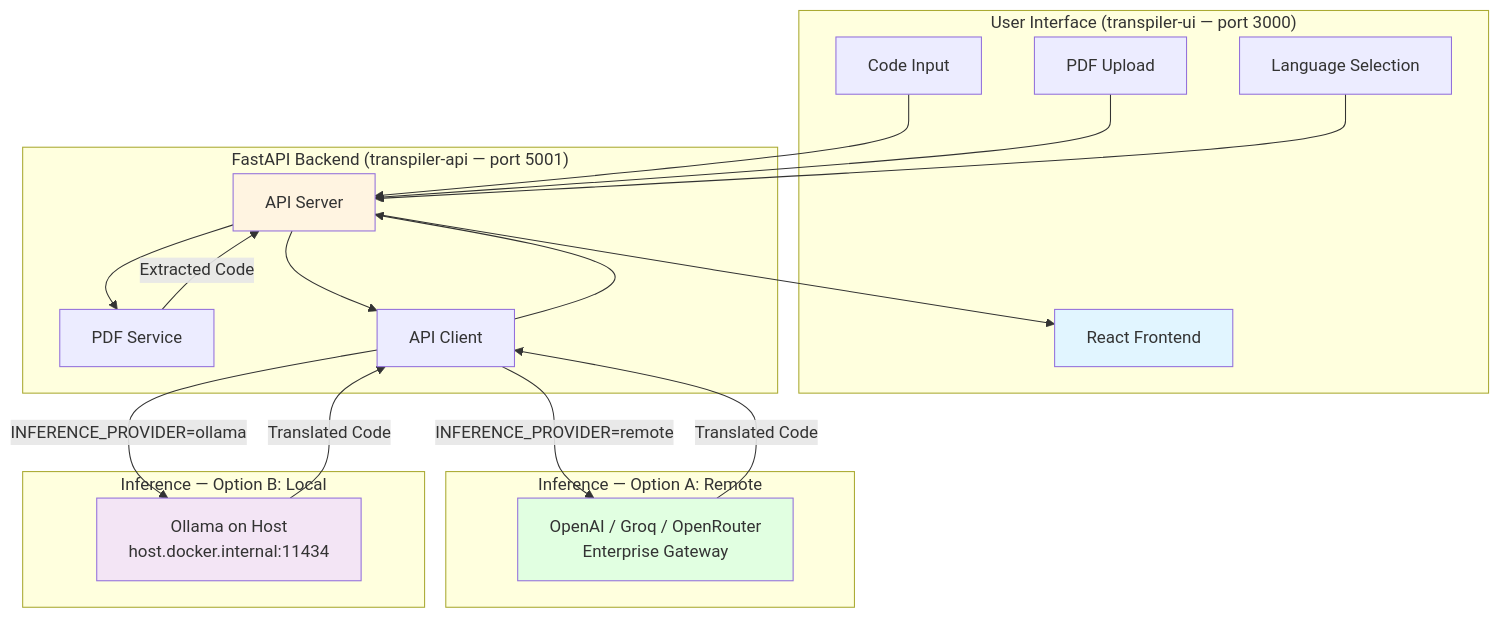
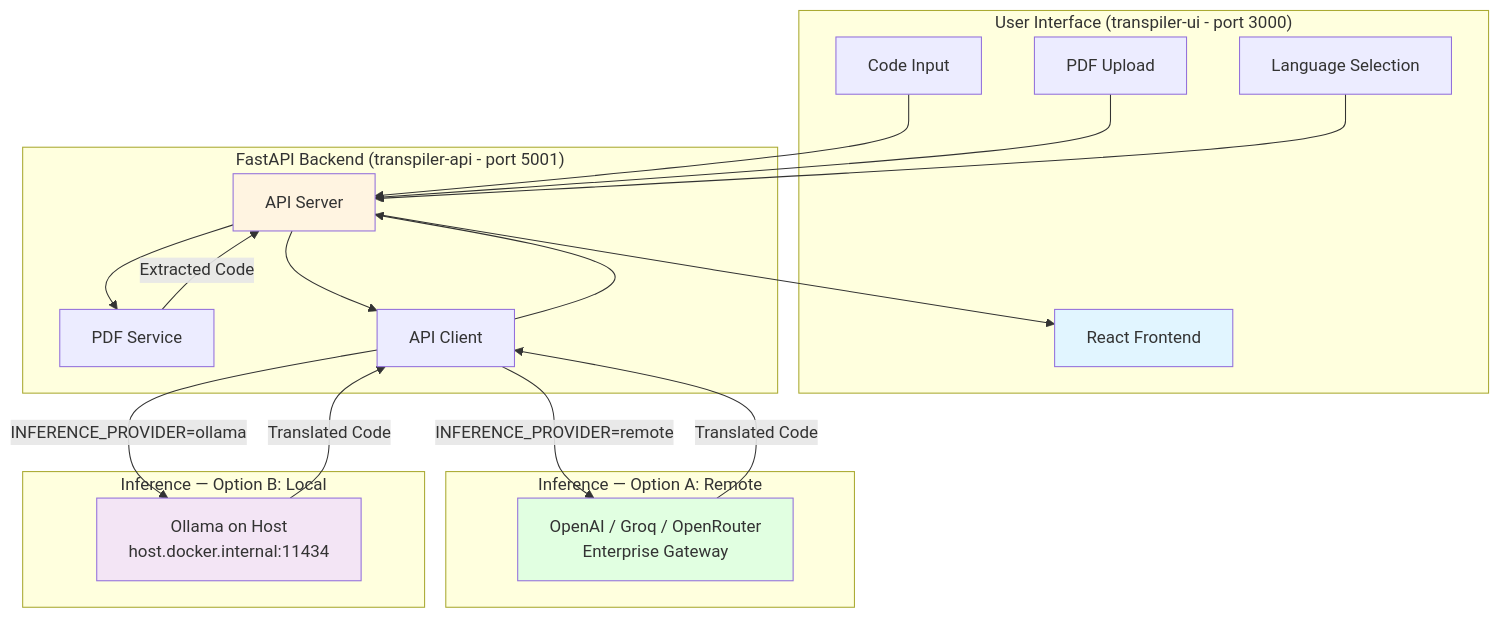
One commit to cld2labs/CodeTrans changed the diagram in README.md. Above: the diagram before and after it, drawn with Mermaid.

Commit message:
fix(docs): replace em dash in mermaid subgraph labels to fix rendering

````diff
--- a/README.md
+++ b/README.md
@@ -79,41 +79,41 @@
 ```mermaid
 graph TB
-    subgraph "User Interface (transpiler-ui — port 3000)"
+    subgraph "User Interface (transpiler-ui - port 3000)"
         A[React Frontend]
         A1[Code Input]
         A2[PDF Upload]
         A3[Language Selection]
     end
 
-    subgraph "FastAPI Backend (transpiler-api — port 5001)"
+    subgraph "FastAPI Backend (transpiler-api - port 5001)"
         B[API Server]
         C[PDF Service]
         D[API Client]
     end
 
     subgraph "Inference — Option A: Remote"
         E[OpenAI / Groq / OpenRouter<br/>Enterprise Gateway]
     end
 
     subgraph "Inference — Option B: Local"
         F[Ollama on Host<br/>host.docker.internal:11434]
     end
 
     A1 --> B
     A2 --> B
     A3 --> B
     B --> C
     C -->|Extracted Code| B
     B --> D
     D -->|INFERENCE_PROVIDER=remote| E
     D -->|INFERENCE_PROVIDER=ollama| F
     E -->|Translated Code| D
     F -->|Translated Code| D
     D --> B
     B --> A
 
     style A fill:#e1f5ff
     style B fill:#fff4e1
     style E fill:#e1ffe1
     style F fill:#f3e5f5
 ```
````
